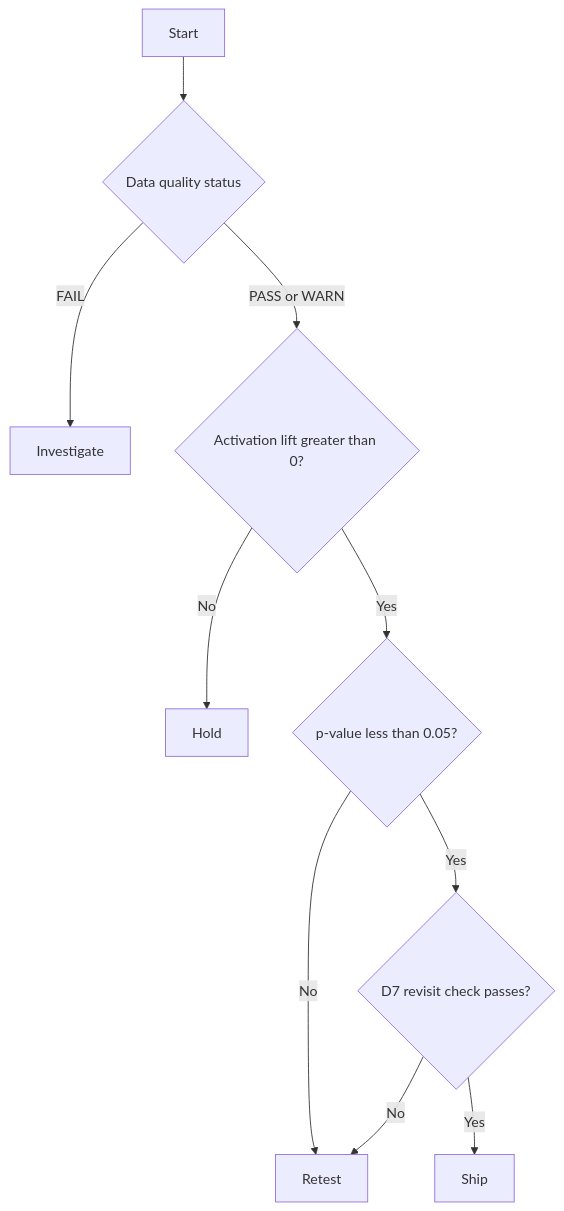
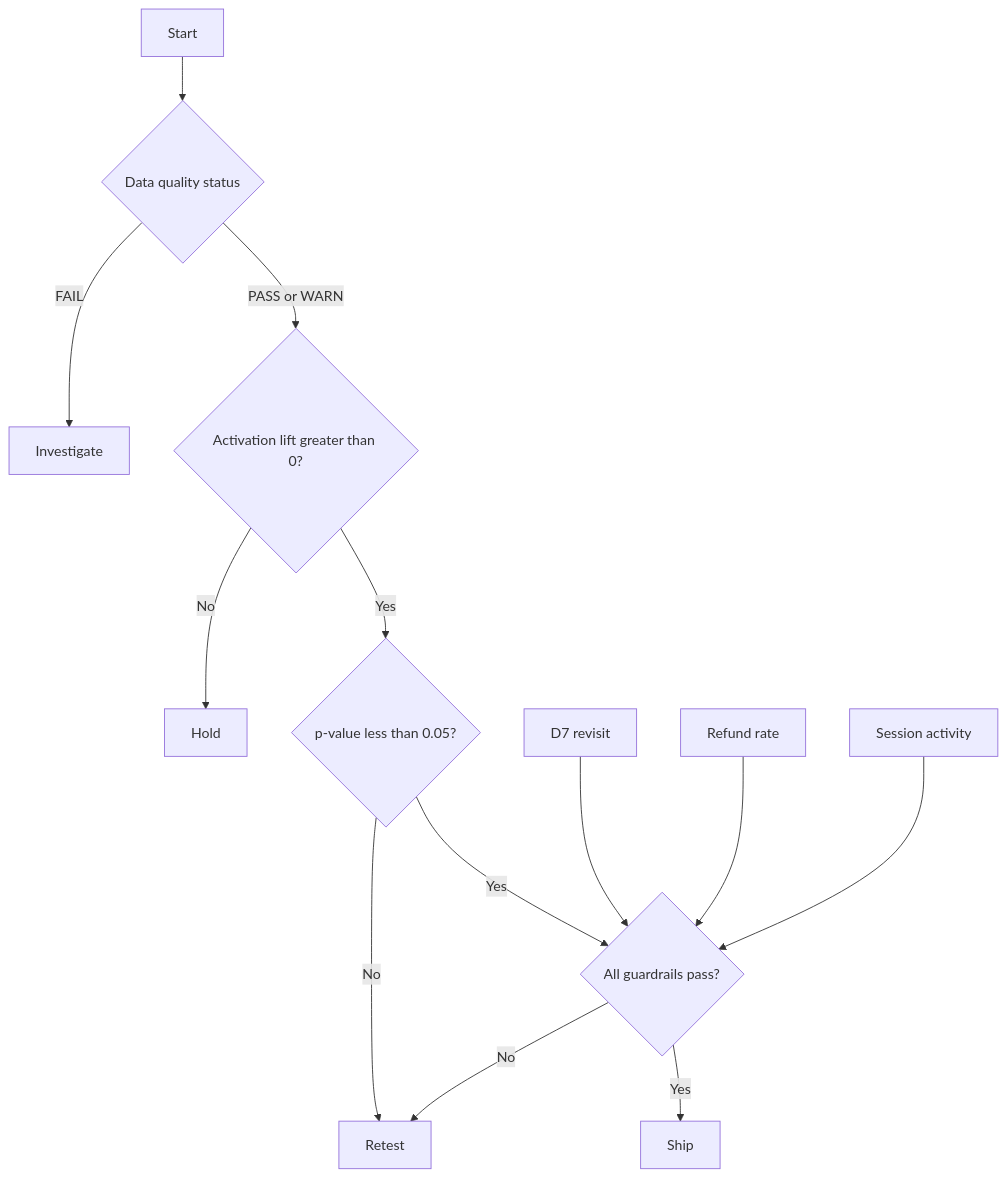
One commit to dffxonnb-cyber/DecisionOps-lab changed the third of 5 diagrams in docs/ARCHITECTURE_DIAGRAM.md. Above: the diagram before and after it, drawn with Mermaid. The commit also changed other lines of this file and 1 other file, not shown here.

First line of the commit message:
Refresh case study and architecture docs for V2

````diff
--- a/docs/ARCHITECTURE_DIAGRAM.md
+++ b/docs/ARCHITECTURE_DIAGRAM.md
@@ -57,12 +62,16 @@
 ```mermaid
 flowchart TD
     A[Start] --> B{Data quality status}
     B -->|FAIL| C[Investigate]
     B -->|PASS or WARN| D{Activation lift greater than 0?}
     D -->|No| E[Hold]
     D -->|Yes| F{p-value less than 0.05?}
     F -->|No| G[Retest]
-    F -->|Yes| H{D7 revisit check passes?}
+    F -->|Yes| H{All guardrails pass?}
     H -->|No| G
     H -->|Yes| I[Ship]
+
+    J[D7 revisit] --> H
+    K[Refund rate] --> H
+    L[Session activity] --> H
 ```
````
